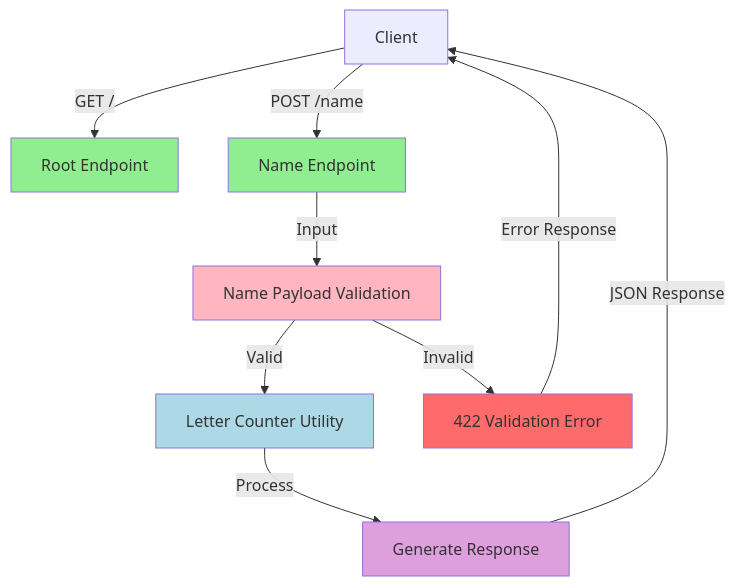
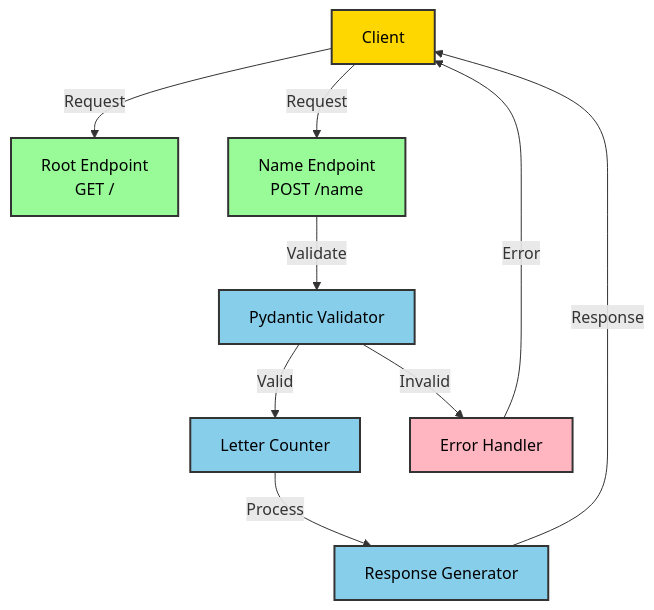
The diagram in README.md (Kekniskd/cursor-IDE-API), drawn with Mermaid before and after one commit.

Commit message:
docs: Enhance API flow diagram with improved styling and clarity

````diff
--- a/README.md
+++ b/README.md
@@ -14,18 +14,30 @@
 ```mermaid
-graph TD
-    A[Client] -->|GET /| B[Root Endpoint]
-    A -->|POST /name| C[Name Endpoint]
-    C -->|Input| D[Name Payload Validation]
-    D -->|Valid| E[Letter Counter Utility]
-    E -->|Process| F[Generate Response]
-    F -->|JSON Response| A
-    D -->|Invalid| G[422 Validation Error]
-    G -->|Error Response| A
-    
-    style B fill:#90EE90
-    style C fill:#90EE90
-    style D fill:#FFB6C1
-    style E fill:#ADD8E6
-    style F fill:#DDA0DD
-    style G fill:#FF6B6B
+flowchart TD
+    A[Client]
+    B[Root Endpoint\n GET /]
+    C[Name Endpoint\n POST /name]
+    D[Pydantic Validator]
+    E[Letter Counter]
+    F[Response Generator]
+    G[Error Handler]
+
+    A --> |Request| B
+    A --> |Request| C
+    C --> |Validate| D
+    D --> |Valid| E
+    E --> |Process| F
+    F --> |Response| A
+    D --> |Invalid| G
+    G --> |Error| A
+
+    classDef default fill:#f9f9f9,stroke:#333,stroke-width:2px,color:#000;
+    classDef client fill:#FFD700,stroke:#333,stroke-width:2px,color:#000;
+    classDef endpoint fill:#98FB98,stroke:#333,stroke-width:2px,color:#000;
+    classDef process fill:#87CEEB,stroke:#333,stroke-width:2px,color:#000;
+    classDef error fill:#FFB6C1,stroke:#333,stroke-width:2px,color:#000;
+
+    class A client;
+    class B,C endpoint;
+    class D,E,F process;
+    class G error;
 ```
````
